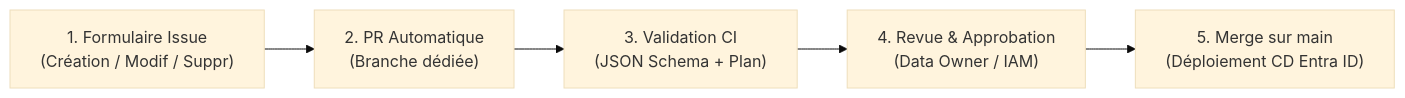
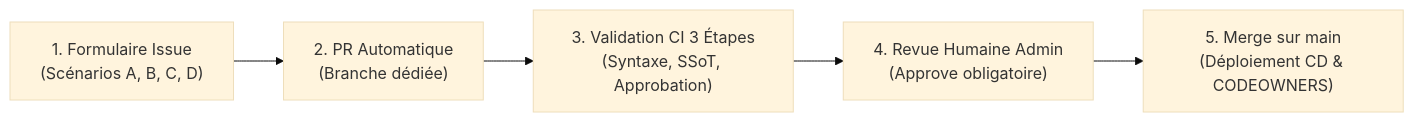
One commit to MonEntreprise2-0/Test-EntraID changed the diagram in README.md. Above: the diagram before and after it, drawn with Mermaid (base theme). The commit also changed other lines of this file and 32 other files, not shown here.

Commit message:
feat: implement 4 scenarios, 3-step CI pipeline, declaration/ structure and schema updates

````diff
--- a/README.md
+++ b/README.md
@@ -41,7 +42,7 @@
 ```mermaid
 flowchart LR
-    A["1. Formulaire Issue<br>(Création / Modif / Suppr)"] --> B["2. PR Automatique<br>(Branche dédiée)"]
-    B --> C["3. Validation CI<br>(JSON Schema + Plan)"]
-    C --> D["4. Revue & Approbation<br>(Data Owner / IAM)"]
-    D --> E["5. Merge sur main<br>(Déploiement CD Entra ID)"]
+    A["1. Formulaire Issue<br>(Scénarios A, B, C, D)"] --> B["2. PR Automatique<br>(Branche dédiée)"]
+    B --> C["3. Validation CI 3 Étapes<br>(Syntaxe, SSoT, Approbation)"]
+    C --> D["4. Revue Humaine Admin<br>(Approve obligatoire)"]
+    D --> E["5. Merge sur main<br>(Déploiement CD & CODEOWNERS)"]
 ```
````
